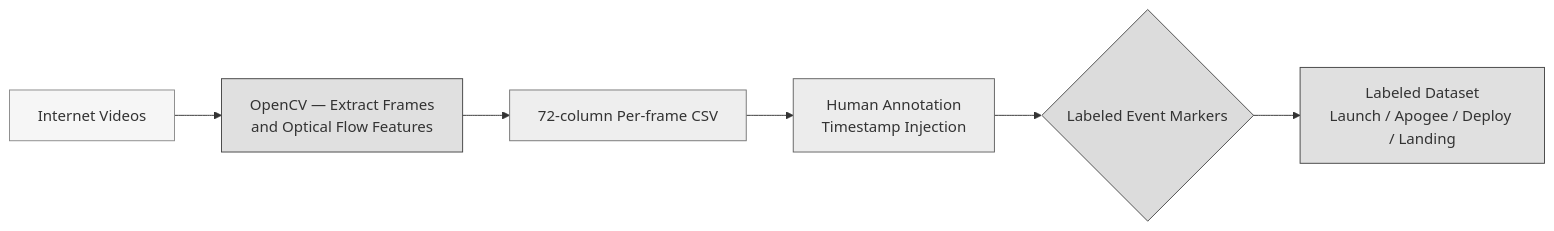
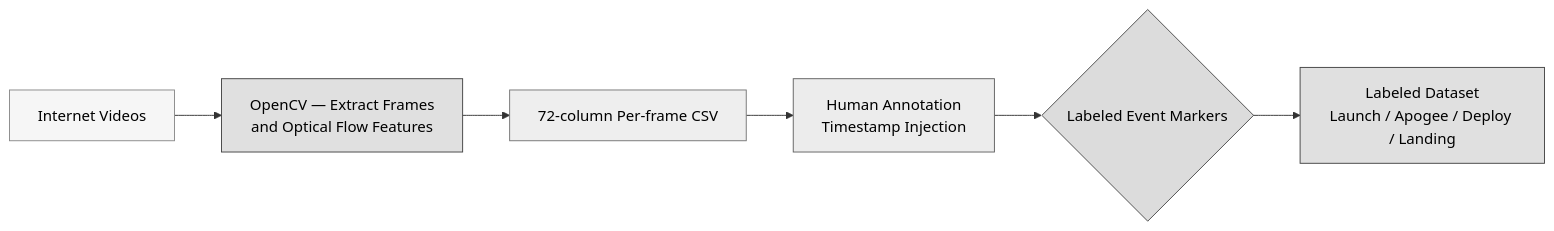
One commit to 7-wwh/AeroNotts changed the second of 5 diagrams in README.md. Above: the diagram before and after it, drawn with Mermaid. The commit also changed other lines of this file, not shown here.

Commit message:
docs: make Flow 1 and 2 node text black

````diff
--- a/README.md
+++ b/README.md
@@ -85,18 +85,18 @@
 ```mermaid
 flowchart LR
     A[Internet Videos]
     B[OpenCV — Extract Frames\nand Optical Flow Features]
     C[72-column Per-frame CSV]
     D[Human Annotation\nTimestamp Injection]
     E{Labeled Event Markers}
     F[Labeled Dataset\nLaunch / Apogee / Deploy / Landing]
 
     A --> B --> C --> D --> E --> F
 
-    style A fill:#f6f6f6,stroke:#8a8a8a
-    style B fill:#e0e0e0,stroke:#444444
-    style C fill:#eeeeee,stroke:#767676
-    style D fill:#ececec,stroke:#626262
-    style E fill:#dcdcdc,stroke:#4a4a4a
-    style F fill:#e0e0e0,stroke:#444444
+    style A fill:#f6f6f6,stroke:#8a8a8a,color:#000000
+    style B fill:#e0e0e0,stroke:#444444,color:#000000
+    style C fill:#eeeeee,stroke:#767676,color:#000000
+    style D fill:#ececec,stroke:#626262,color:#000000
+    style E fill:#dcdcdc,stroke:#4a4a4a,color:#000000
+    style F fill:#e0e0e0,stroke:#444444,color:#000000
 ```
````
